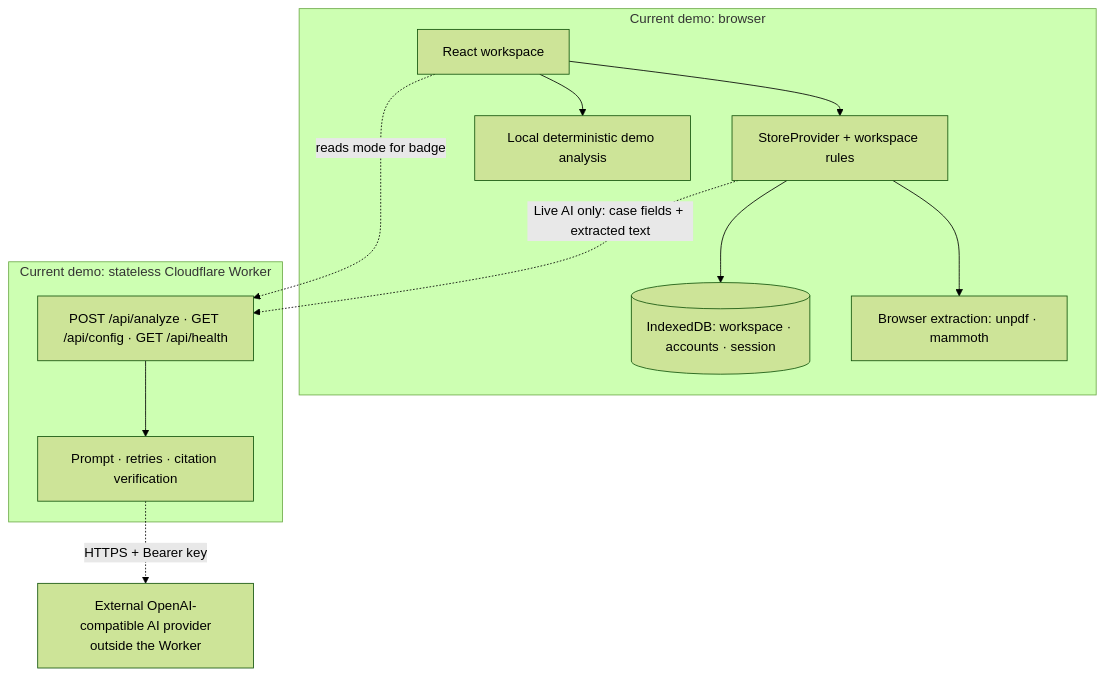
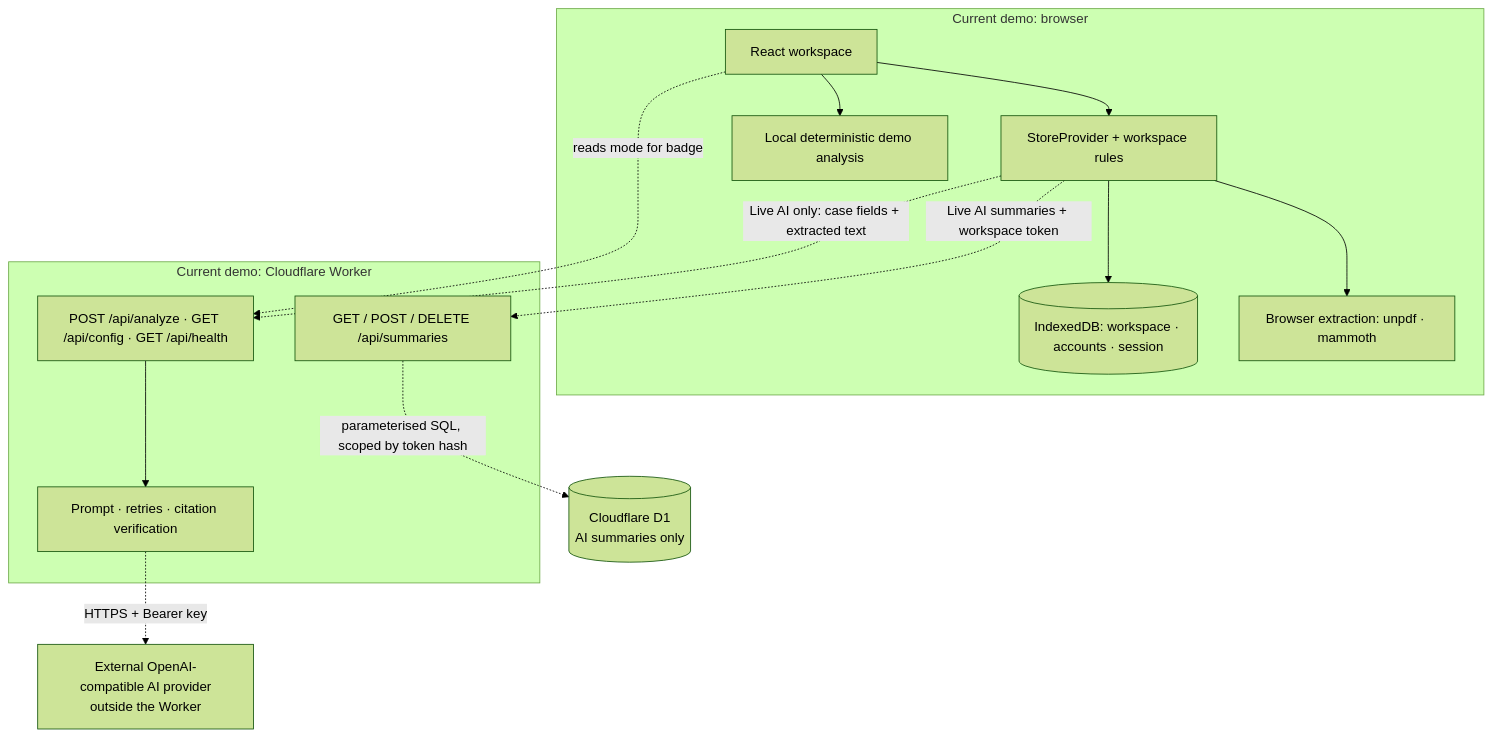
Before and after one commit to eayub006-source/caseclarity-ai: the second of 3 diagrams in README.md, drawn with Mermaid (forest theme). The commit also changed other lines of this file and 13 other files, not shown here.

First line of the commit message:
Restore Cloudflare D1 persistence for AI document summaries

````diff
--- a/README.md
+++ b/README.md
@@ -359,18 +364,22 @@
 ```mermaid
 flowchart TB
     subgraph BROWSER["Current demo: browser"]
         UI["React workspace"] --> STORE["StoreProvider + workspace rules"]
         STORE --> IDB[("IndexedDB: workspace · accounts · session")]
         STORE --> EXT["Browser extraction: unpdf · mammoth"]
         UI --> DEMO["Local deterministic demo analysis"]
     end
-    subgraph WORKER["Current demo: stateless Cloudflare Worker"]
+    subgraph WORKER["Current demo: Cloudflare Worker"]
         ROUTES["POST /api/analyze · GET /api/config · GET /api/health"]
+        SUMS["GET / POST / DELETE /api/summaries"]
         LLM["Prompt · retries · citation verification"]
         ROUTES --> LLM
     end
+    D1[("Cloudflare D1<br/>AI summaries only")]
     PROVIDER["External OpenAI-compatible AI provider<br/>outside the Worker"]
     STORE -. "Live AI only: case fields + extracted text" .-> ROUTES
+    STORE -. "Live AI summaries + workspace token" .-> SUMS
+    SUMS -. "parameterised SQL, scoped by token hash" .-> D1
     UI -. "reads mode for badge" .-> ROUTES
     LLM -. "HTTPS + Bearer key" .-> PROVIDER
 ```
````
